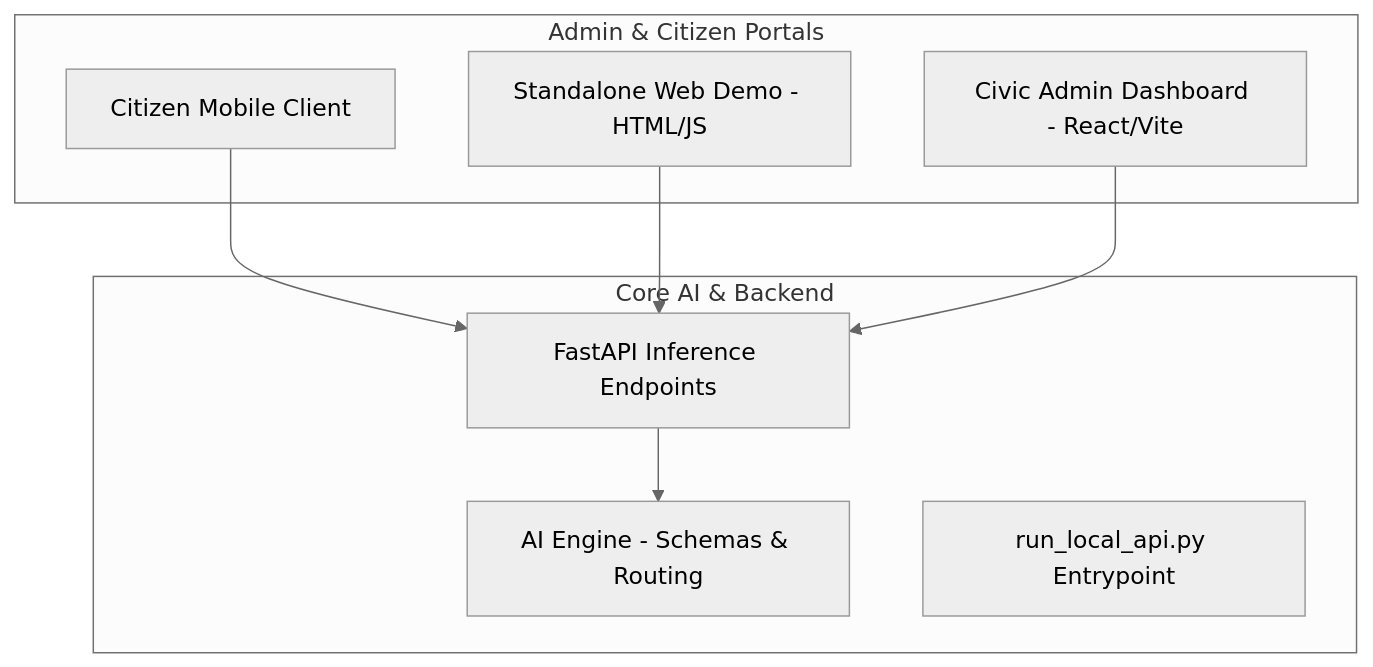
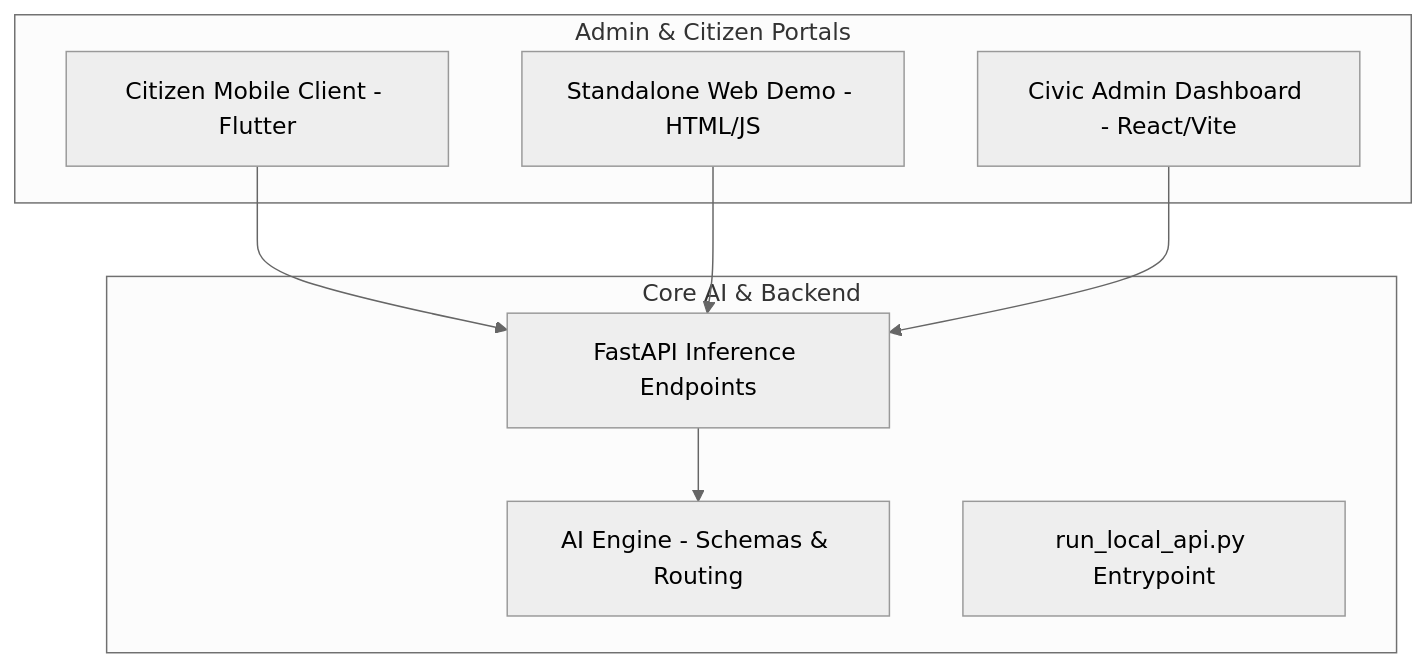
The diagram in README.md (kuleaniruddha/B2B_altf4), drawn with Mermaid (neutral theme) before and after one commit. The commit also changed other lines of this file and 130 other files, not shown here.

````diff
--- a/README.md
+++ b/README.md
@@ -15,19 +15,19 @@
 ```mermaid
 graph TD
     subgraph "Core AI & Backend"
         AI[AI Engine - Schemas & Routing]
         API[FastAPI Inference Endpoints]
         Runner[run_local_api.py Entrypoint]
     end
 
     subgraph "Admin & Citizen Portals"
         Admin[Civic Admin Dashboard - React/Vite]
         Demo[Standalone Web Demo - HTML/JS]
-        Citizen[Citizen Mobile Client]
+        Citizen[Citizen Mobile Client - Flutter]
     end
 
     Citizen --> API
     Demo --> API
     API --> AI
     Admin --> API
 ```
````
